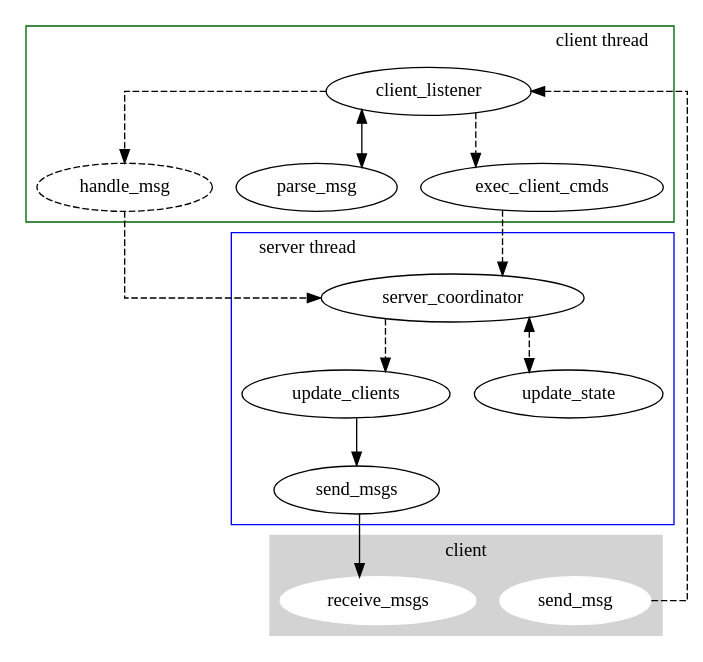
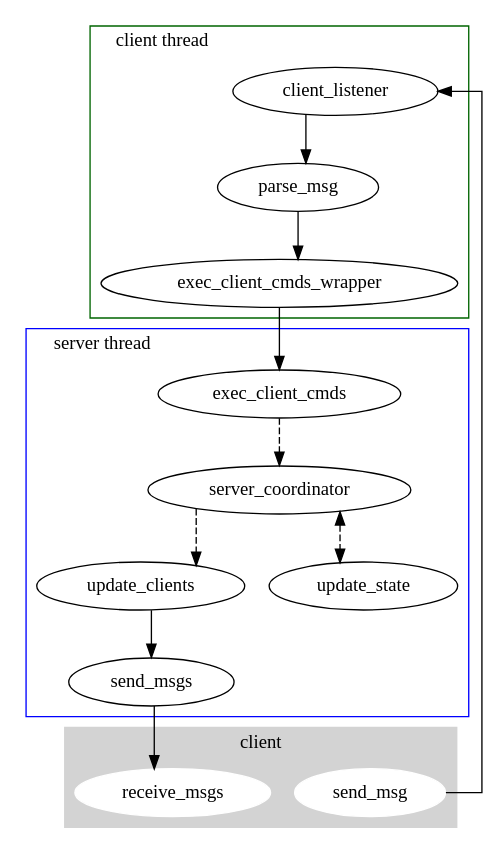
One commit to csdrane/IRC-LJ- changed the diagram in resources/message-handling.dot. Above: the diagram before and after it, drawn with Graphviz.

Commit message:
Edited message-handling.dot: removed handle_msg (merged into exec_client_cmds). Changed relationship between parse_msg, client_listener, and exec_client_cmds. Changed exec_client_cmds to a wrapper function, and moved core function to server thread. Changed various client thread functionality to non-async.

```diff
--- a/resources/message-handling.dot
+++ b/resources/message-handling.dot
@@ -1,35 +1,33 @@
 digraph G {
   subgraph cluster0 {
     style=filled;
     color=lightgrey;
     node [style=filled, color=white];
     send_msg;
     receive_msgs;
     label = "client";
   }
 
   subgraph cluster1 {
-    handle_msg [style=dashed];
-    send_msg -> client_listener [style=dashed];
-    client_listener -> parse_msg [dir=both];
-    client_listener -> handle_msg [style=dashed];
-    client_listener -> exec_client_cmds [style=dashed];
+    send_msg -> client_listener;
+    client_listener -> parse_msg;
+    parse_msg -> exec_client_cmds_wrapper;
     concentrate=true;
     label = "client thread";
-    labeljust = r;
+    labeljust = l;
     color=darkgreen; 
   }
   subgraph cluster2 {
+    exec_client_cmds_wrapper -> exec_client_cmds;
     exec_client_cmds -> server_coordinator [style=dashed];
-    handle_msg -> server_coordinator [style=dashed];
     server_coordinator -> update_clients [style=dashed];
     server_coordinator -> update_state [style=dashed, dir=both];
     update_clients -> send_msgs;
     send_msgs -> receive_msgs;
     label = "server thread";
     labeljust = l;
     labelloc = u;
     color=blue;
   }
   splines=ortho;
 }
```
